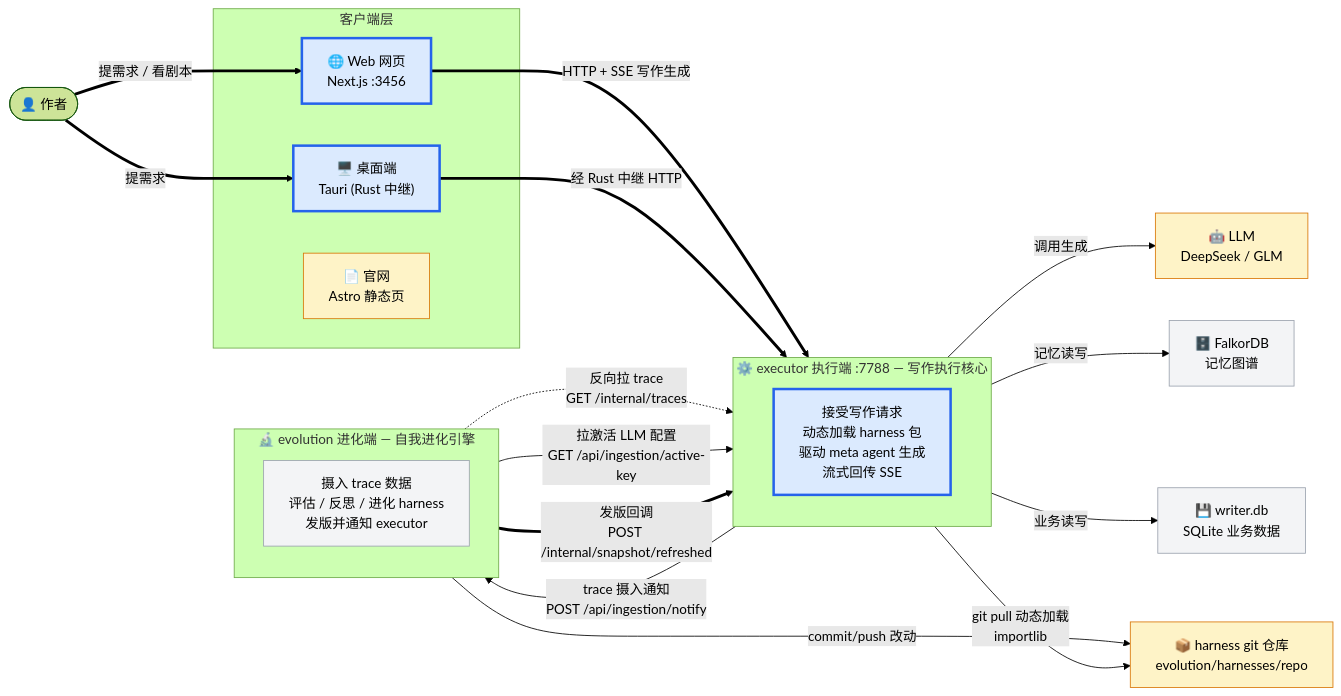
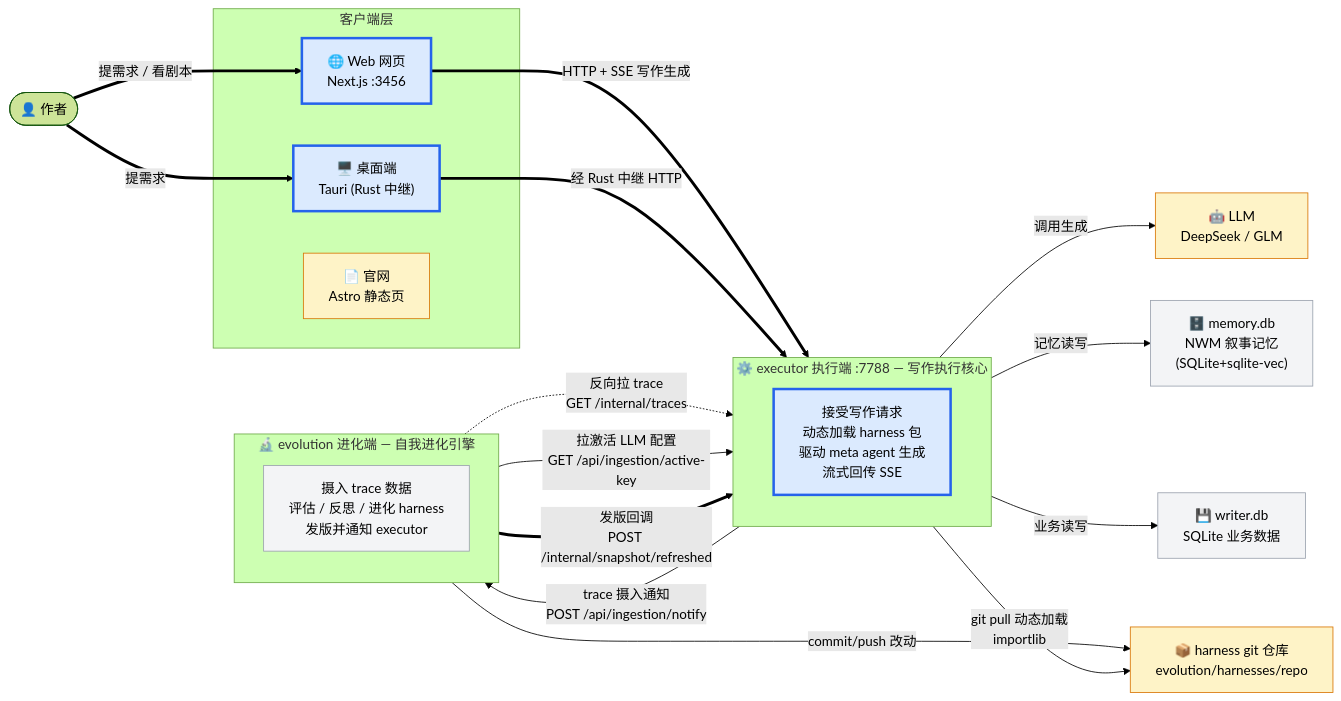
The first of 8 diagrams in docs/系统心智模型.md (gaoshoupaper-code/EvoWriter), drawn with Mermaid (forest theme) before and after one commit. The commit also changed other lines of this file and 27 other files, not shown here.

First line of the commit message:
feat(memory): NWM 记忆系统重构 — 去 Graphiti，自研叙事学类型化记忆

````diff
--- a/docs/系统心智模型.md
+++ b/docs/系统心智模型.md
@@ -42,57 +42,57 @@
 ```mermaid
 flowchart LR
     Author(["👤 作者"])
 
     subgraph Clients["客户端层"]
         Web["🌐 Web 网页<br/>Next.js :3456"]
         Desk["🖥️ 桌面端<br/>Tauri (Rust 中继)"]
         Site["📄 官网<br/>Astro 静态页"]
     end
 
     subgraph EX["⚙️ executor 执行端 :7788 — 写作执行核心"]
         direction TB
         EX_Core["接受写作请求<br/>动态加载 harness 包<br/>驱动 meta agent 生成<br/>流式回传 SSE"]
     end
 
     subgraph EV["🔬 evolution 进化端 — 自我进化引擎"]
         direction TB
         EV_Core["摄入 trace 数据<br/>评估 / 反思 / 进化 harness<br/>发版并通知 executor"]
     end
 
     LLM["🤖 LLM<br/>DeepSeek / GLM"]
-    Falkor["🗄️ FalkorDB<br/>记忆图谱"]
+    MemDB["🗄️ memory.db<br/>NWM 叙事记忆<br/>(SQLite+sqlite-vec)"]
     DB["💾 writer.db<br/>SQLite 业务数据"]
     GitRepo["📦 harness git 仓库<br/>evolution/harnesses/repo"]
 
     %% 主线：写作生成全旅途（粗箭头）
     Author ==>|"提需求 / 看剧本"| Web
     Author ==>|"提需求"| Desk
     Web ==>|"HTTP + SSE 写作生成"| EX_Core
     Desk ==>|"经 Rust 中继 HTTP"| EX_Core
 
     %% executor 调外部
     EX_Core -->|"调用生成"| LLM
-    EX_Core -->|"记忆读写"| Falkor
+    EX_Core -->|"记忆读写"| MemDB
     EX_Core -->|"业务读写"| DB
 
     %% 进化闭环：executor ↔ evolution
     EX_Core -->|"trace 摄入通知<br/>POST /api/ingestion/notify"| EV_Core
     EV_Core -.->|"反向拉 trace<br/>GET /internal/traces"| EX_Core
     EV_Core -->|"拉激活 LLM 配置<br/>GET /api/ingestion/active-key"| EX_Core
     EV_Core ==>|"发版回调<br/>POST /internal/snapshot/refreshed"| EX_Core
 
     %% harness 包加载
     EX_Core -->|"git pull 动态加载<br/>importlib"| GitRepo
     EV_Core -->|"commit/push 改动"| GitRepo
 
     %% 官网独立
     Site
 
     classDef main fill:#dbeafe,stroke:#2563eb,stroke-width:3px
     classDef side fill:#f3f4f6,stroke:#9ca3af
     classDef ext fill:#fef3c7,stroke:#d97706
 
     class Web,Desk,EX_Core main
-    class EV_Core,DB,Falkor side
+    class EV_Core,DB,MemDB side
     class LLM,GitRepo,Site ext
 ```
````
